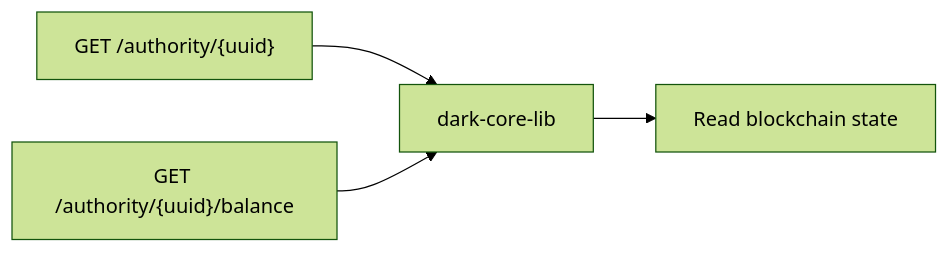
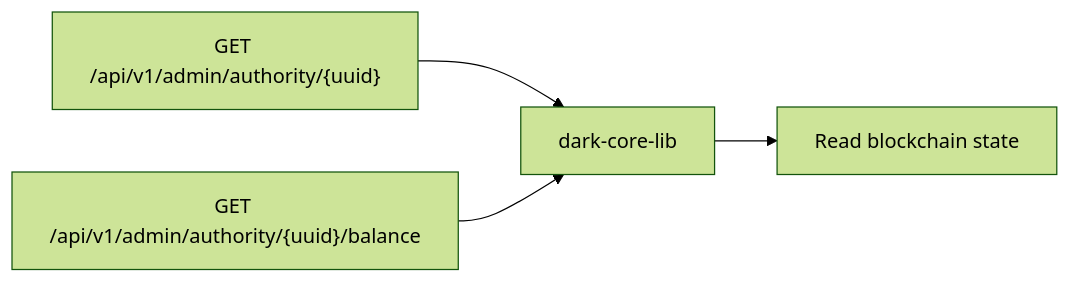
The fifth of 11 diagrams in admin-architecture.md (LA-Referencia-IOI/dark-core-admin-api), drawn with Mermaid (forest theme) before and after one commit. The commit also changed other lines of this file and 1 other file, not shown here.

Commit message:
docs: align admin API documentation

````diff
--- a/admin-architecture.md
+++ b/admin-architecture.md
@@ -123,6 +124,6 @@
 ```mermaid
 flowchart LR
-    A["GET /authority/{uuid}"] --> Core["dark-core-lib"]
-    B["GET /authority/{uuid}/balance"] --> Core
+    A["GET /api/v1/admin/authority/{uuid}"] --> Core["dark-core-lib"]
+    B["GET /api/v1/admin/authority/{uuid}/balance"] --> Core
     Core --> Chain["Read blockchain state"]
 ```
````
